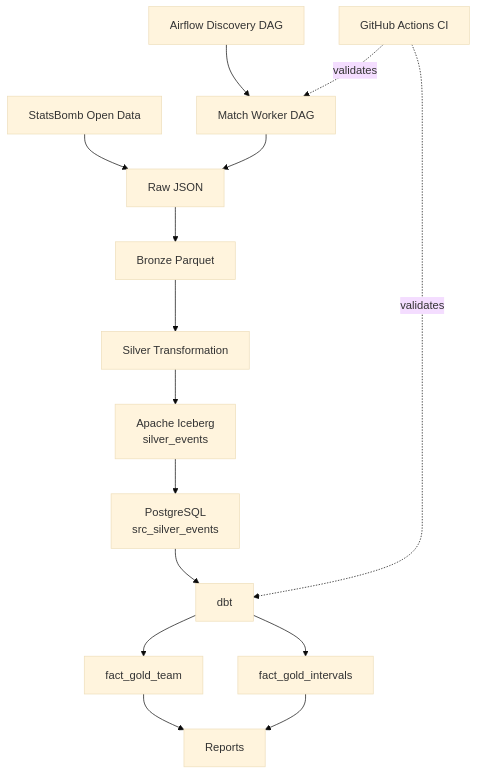
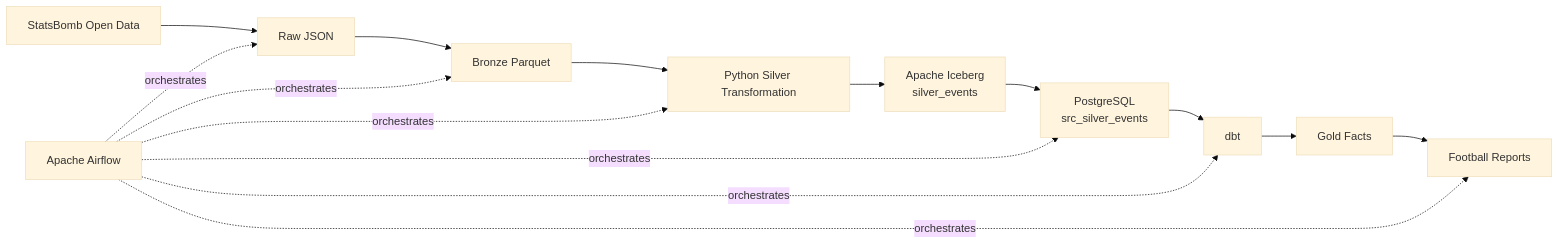
One commit to ibrahimothman/football_analytics changed the diagram in README.md. Above: the diagram before and after it, drawn with Mermaid (base theme). The commit also changed other lines of this file, not shown here.

````diff
--- a/README.md
+++ b/README.md
@@ -23,19 +75,18 @@
 ```mermaid
-flowchart TD
+flowchart LR
     A[StatsBomb Open Data] --> B[Raw JSON]
     B --> C[Bronze Parquet]
-    C --> D[Silver Transformation]
+    C --> D[Python Silver Transformation]
     D --> E[Apache Iceberg<br/>silver_events]
     E --> F[PostgreSQL<br/>src_silver_events]
     F --> G[dbt]
-    G --> H[fact_gold_team]
-    G --> I[fact_gold_intervals]
-    H --> J[Reports]
-    I --> J
+    G --> H[Gold Facts]
+    H --> I[Football Reports]
 
-    K[Airflow Discovery DAG] --> L[Match Worker DAG]
-    L --> B
-
-    M[GitHub Actions CI] -. validates .-> L
-    M -. validates .-> G
+    J[Apache Airflow] -. orchestrates .-> B
+    J -. orchestrates .-> C
+    J -. orchestrates .-> D
+    J -. orchestrates .-> F
+    J -. orchestrates .-> G
+    J -. orchestrates .-> I
 ```
````
